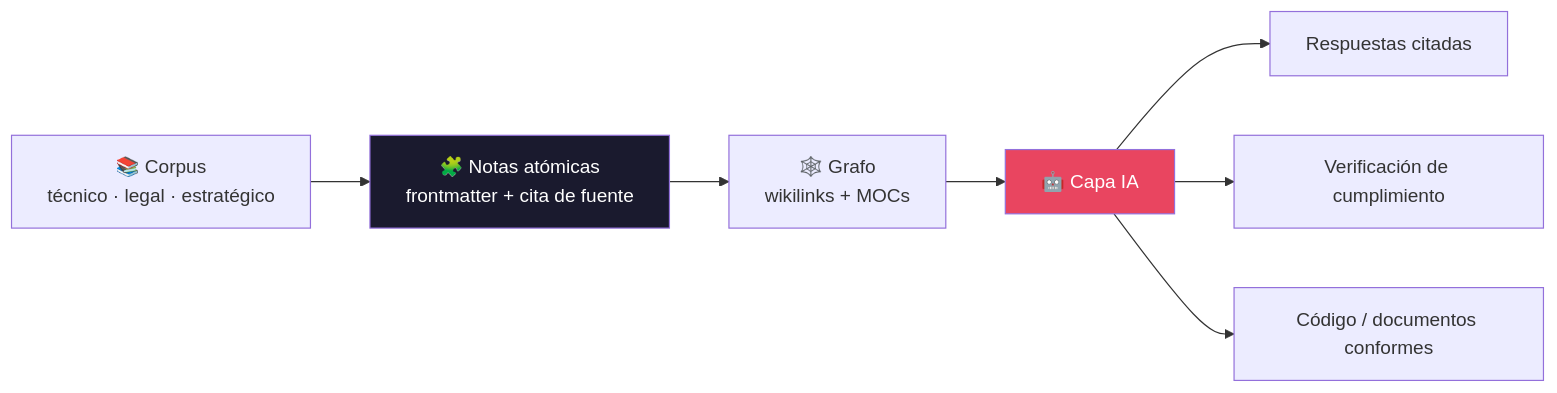
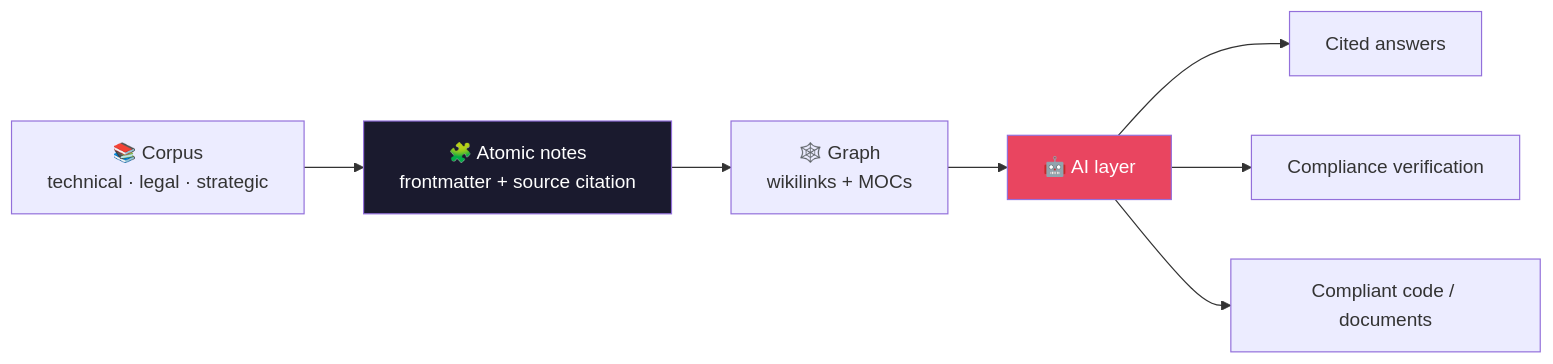
One commit to n1x-technologies/n1x-cortex changed the second of 2 diagrams in README.md. Above: the diagram before and after it, drawn with Mermaid. The commit also changed other lines of this file and 33 other files, not shown here.

````diff
--- a/README.md
+++ b/README.md
@@ -73,11 +73,11 @@
 ```mermaid
 flowchart LR
-    SRC["📚 Corpus<br/>técnico · legal · estratégico"] --> ATOM["🧩 Notas atómicas<br/>frontmatter + cita de fuente"]
-    ATOM --> GRAPH["🕸️ Grafo<br/>wikilinks + MOCs"]
-    GRAPH --> AI["🤖 Capa IA"]
-    AI --> Q["Respuestas citadas"]
-    AI --> V["Verificación de cumplimiento"]
-    AI --> G["Código / documentos conformes"]
+    SRC["📚 Corpus<br/>technical · legal · strategic"] --> ATOM["🧩 Atomic notes<br/>frontmatter + source citation"]
+    ATOM --> GRAPH["🕸️ Graph<br/>wikilinks + MOCs"]
+    GRAPH --> AI["🤖 AI layer"]
+    AI --> Q["Cited answers"]
+    AI --> V["Compliance verification"]
+    AI --> G["Compliant code / documents"]
     style ATOM fill:#1A1A2E,color:#fff
     style AI fill:#E94560,color:#fff
 ```
````
